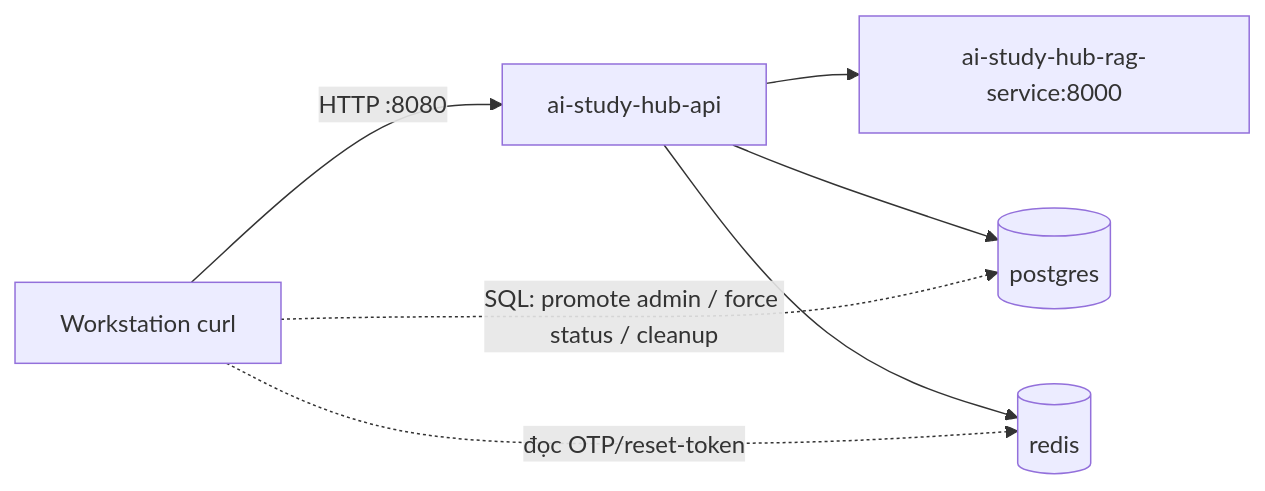
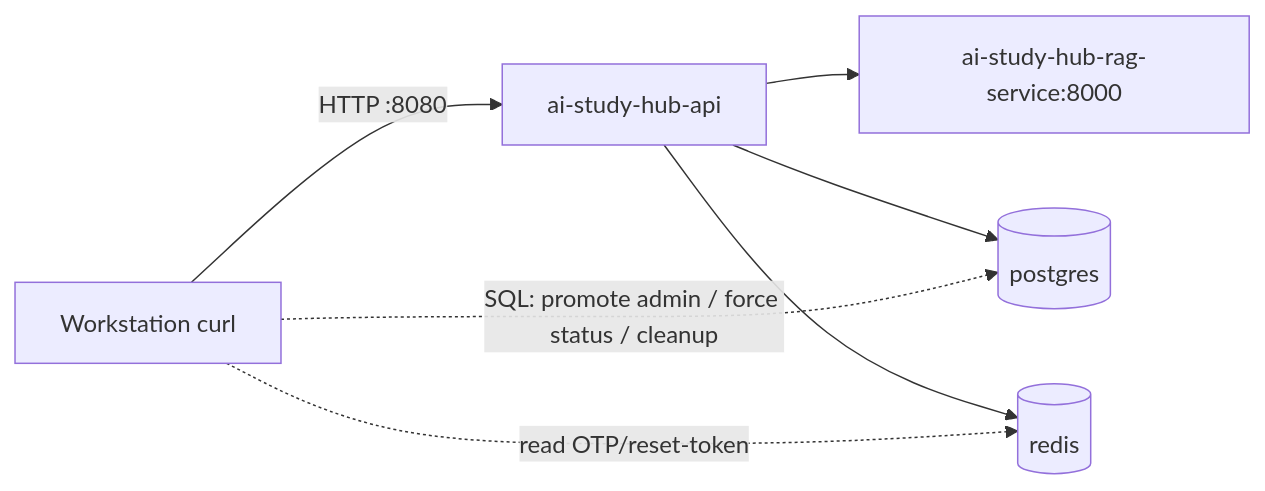
The diagram in docs/e2e-api-test-report.md (SWP-SUM26-AI-STUDY-HUB/ai-study-hub-api), drawn with Mermaid before and after one commit. The commit also changed other lines of this file and 13 other files, not shown here.

````diff
--- a/docs/e2e-api-test-report.md
+++ b/docs/e2e-api-test-report.md
@@ -30,9 +30,9 @@
 ```mermaid
 flowchart LR
   WS[Workstation curl] -->|HTTP :8080| API[ai-study-hub-api]
   API --> RAG[ai-study-hub-rag-service:8000]
   API --> PG[(postgres)]
   API --> RD[(redis)]
-  WS -.đọc OTP/reset-token.-> RD
+  WS -.read OTP/reset-token.-> RD
   WS -.SQL: promote admin / force status / cleanup.-> PG
 ```
````
